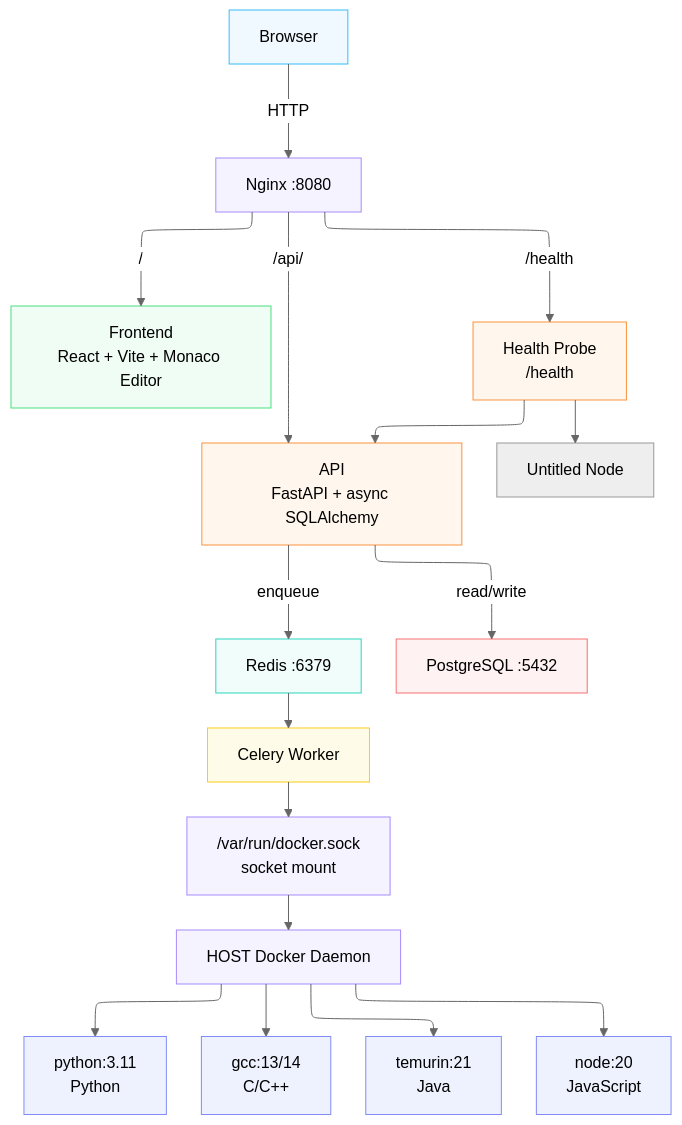
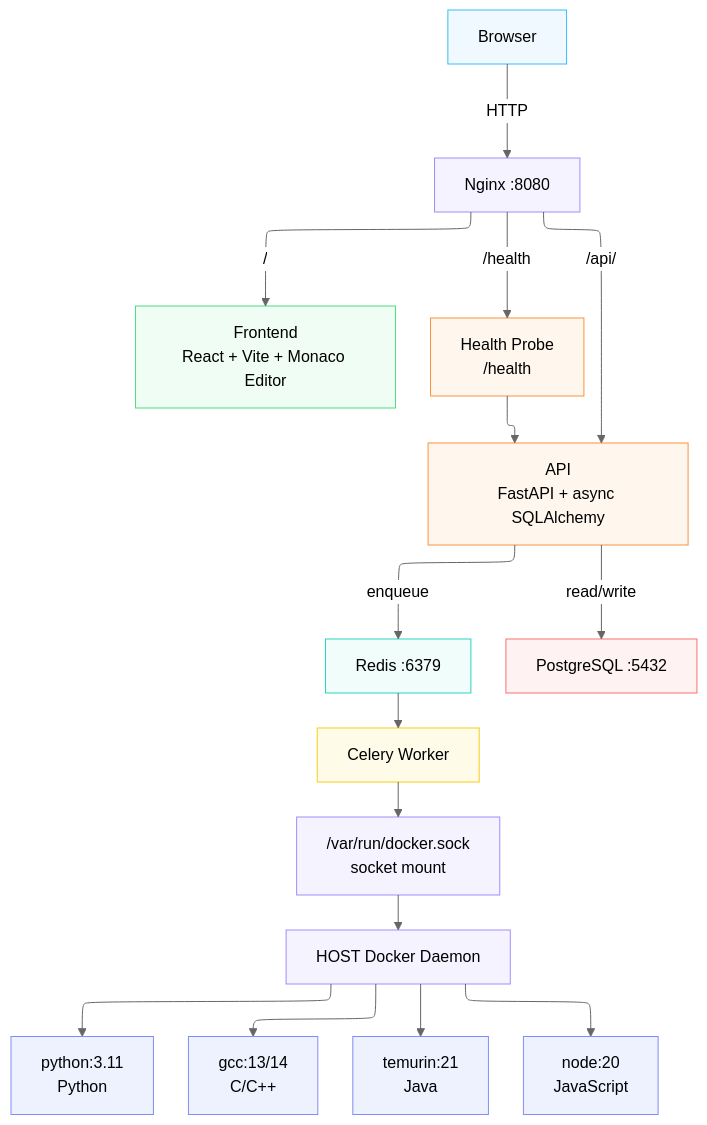
The diagram in README.md (Rudra2609/CodeArena), drawn with Mermaid (neutral theme) before and after one commit.

````diff
--- a/README.md
+++ b/README.md
@@ -68,43 +68,42 @@
 ```mermaid
 ---
 config:
   layout: elk
 ---
 flowchart TB
     Browser["Browser"] -- HTTP --> Nginx["Nginx :8080"]
     Nginx -- / --> Frontend["Frontend<br>React + Vite + Monaco Editor"]
     Nginx -- /api/ --> API["API<br>FastAPI + async SQLAlchemy"]
     Nginx -- /health --> Health["Health Probe<br>/health"]
     Health --> API
     API -- enqueue --> Redis["Redis :6379"]
     API -- read/write --> PostgreSQL["PostgreSQL :5432"]
     Redis --> CeleryWorker["Celery Worker"]
     CeleryWorker --> DockerSocket["/var/run/docker.sock<br>socket mount"]
     DockerSocket --> DockerDaemon["HOST Docker Daemon"]
     DockerDaemon --> Python["python:3.11<br>Python"] & GCC["gcc:13/14<br>C/C++"] & Temurin["temurin:21<br>Java"] & Node["node:20<br>JavaScript"]
-    Health --> n1["Untitled Node"]
 
      Browser:::browserNode
      Nginx:::proxyNode
      Frontend:::frontendNode
      API:::apiNode
      Health:::apiNode
      Redis:::cacheNode
      CeleryWorker:::workerNode
      PostgreSQL:::dbNode
      DockerSocket:::infraNode
      DockerDaemon:::infraNode
      Python:::runtimeNode
      GCC:::runtimeNode
      Temurin:::runtimeNode
      Node:::runtimeNode
     classDef browserNode stroke:#38bdf8,fill:#f0f9ff
     classDef proxyNode stroke:#a78bfa,fill:#f5f3ff
     classDef frontendNode stroke:#4ade80,fill:#f0fdf4
     classDef apiNode stroke:#fb923c,fill:#fff7ed
     classDef cacheNode stroke:#2dd4bf,fill:#f0fdfa
     classDef dbNode stroke:#f87171,fill:#fef2f2
     classDef workerNode stroke:#facc15,fill:#fefce8
     classDef infraNode stroke:#a78bfa,fill:#f5f3ff
     classDef runtimeNode stroke:#818cf8,fill:#eef2ff
 ```
````
